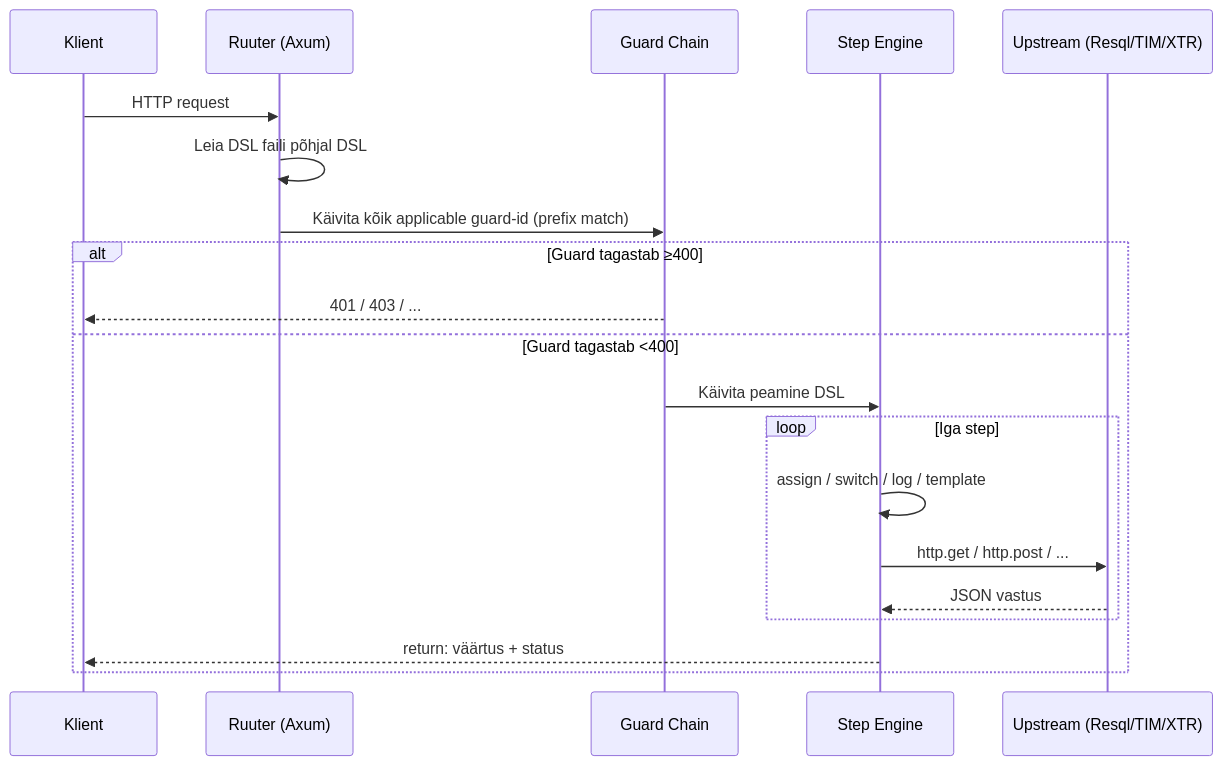
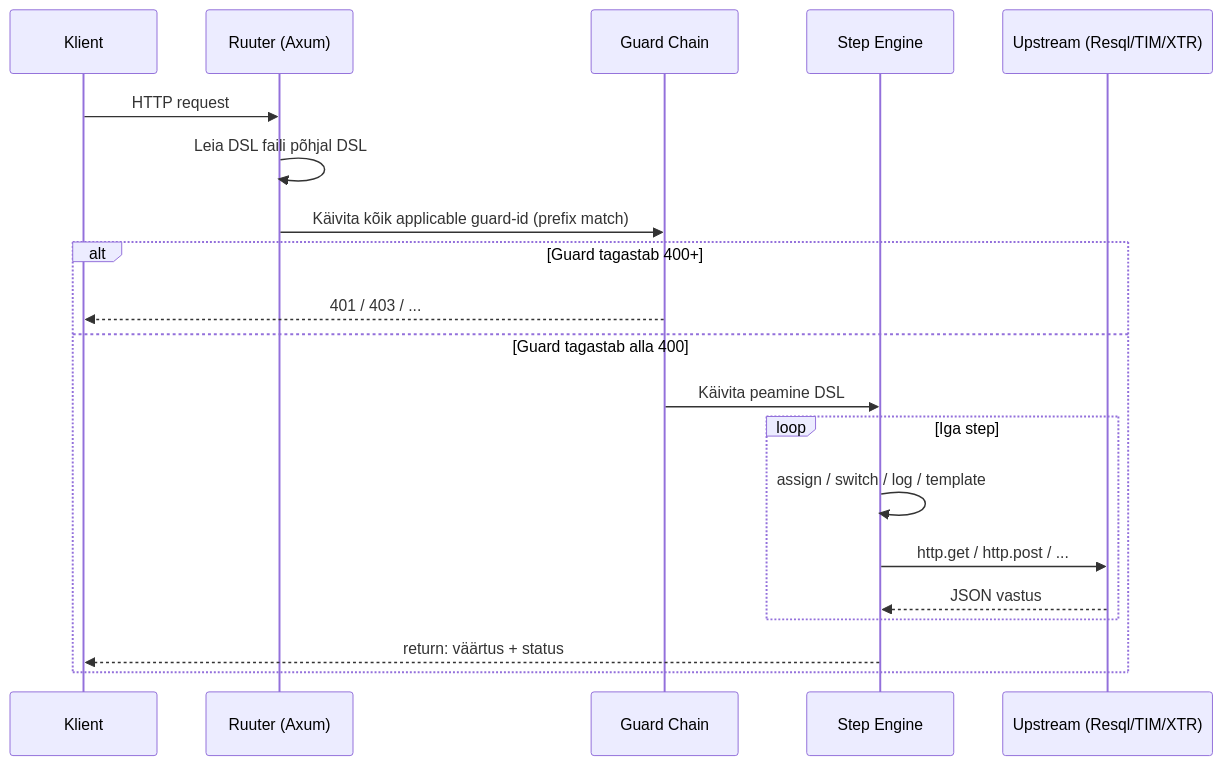
One commit to kemit-ee/ljvis-2 changed the third of 4 diagrams in docs/migration_guide_to_rust_ruuter.md. Above: the diagram before and after it, drawn with Mermaid. The commit also changed other lines of this file, not shown here.

Commit message:
docs: fix Mermaid syntax errors in migration guide

````diff
--- a/docs/migration_guide_to_rust_ruuter.md
+++ b/docs/migration_guide_to_rust_ruuter.md
@@ -79,23 +79,23 @@
 ```mermaid
 sequenceDiagram
     participant C as Klient
     participant R as Ruuter (Axum)
     participant G as Guard Chain
     participant E as Step Engine
     participant U as Upstream (Resql/TIM/XTR)
 
     C->>R: HTTP request
     R->>R: Leia DSL faili põhjal DSL
     R->>G: Käivita kõik applicable guard-id (prefix match)
-    alt Guard tagastab ≥400
+    alt Guard tagastab 400+
         G-->>C: 401 / 403 / ...
-    else Guard tagastab <400
+    else Guard tagastab alla 400
         G->>E: Käivita peamine DSL
         loop Iga step
             E->>E: assign / switch / log / template
             E->>U: http.get / http.post / ...
             U-->>E: JSON vastus
         end
         E-->>C: return: väärtus + status
     end
 ```
````
